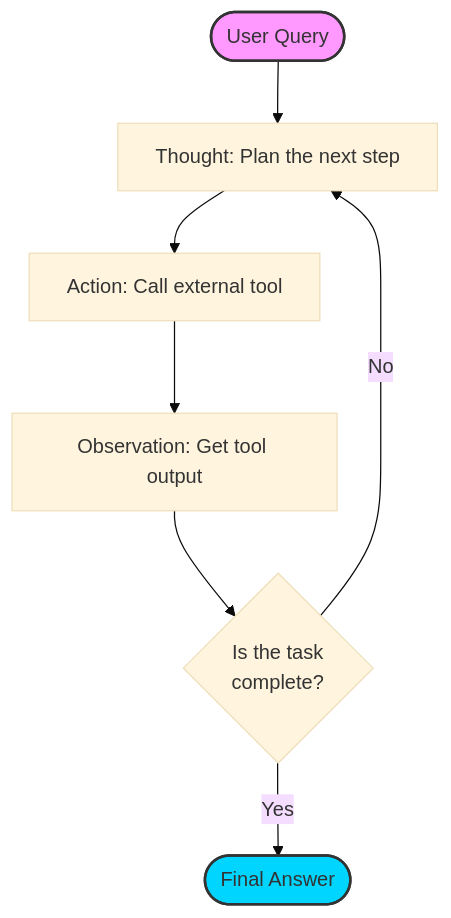
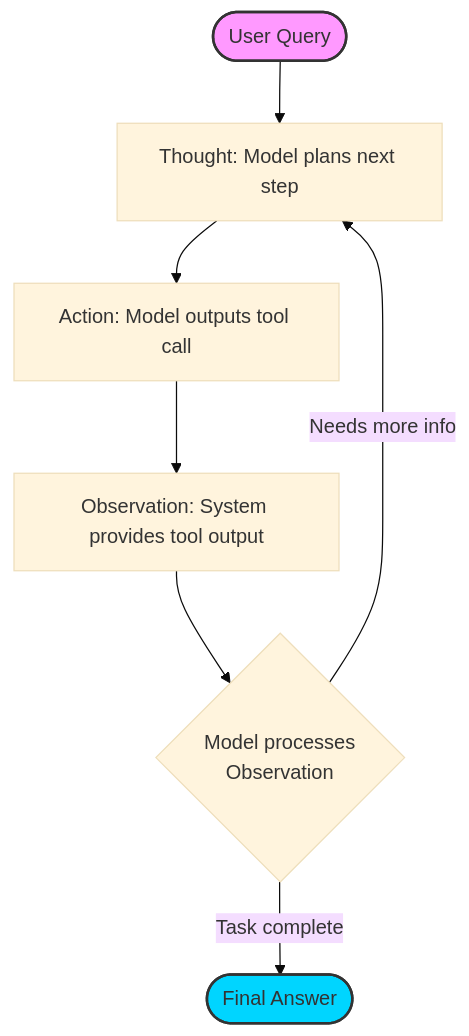
One commit to vaishvanara/techwritingkb changed the diagram in docs/industry-terms/react-pattern.md. Above: the diagram before and after it, drawn with Mermaid (base theme). The commit also changed other lines of this file and 51 other files, not shown here.

````diff
--- a/docs/industry-terms/react-pattern.md
+++ b/docs/industry-terms/react-pattern.md
@@ -33,12 +33,12 @@
 ```mermaid
 graph TD
-    Start([User Query]) --> Thought[Thought: Plan the next step]
-    Thought --> Action[Action: Call external tool]
-    Action --> Observation[Observation: Get tool output]
-    Observation --> Decision{Is the task<br/>complete?}
-    Decision -- No --> Thought
-    Decision -- Yes --> FinalAnswer([Final Answer])
+    Start([User Query]) --> Thought[Thought: Model plans next step]
+    Thought --> Action[Action: Model outputs tool call]
+    Action --> Observation[Observation: System provides tool output]
+    Observation --> ModelDecision{Model processes<br/>Observation}
+    ModelDecision -- "Needs more info" --> Thought
+    ModelDecision -- "Task complete" --> FinalAnswer([Final Answer])
 
     style Start fill:#f9f,stroke:#333,stroke-width:2px
     style FinalAnswer fill:#00d5ff,stroke:#333,stroke-width:2px
 ```
````
